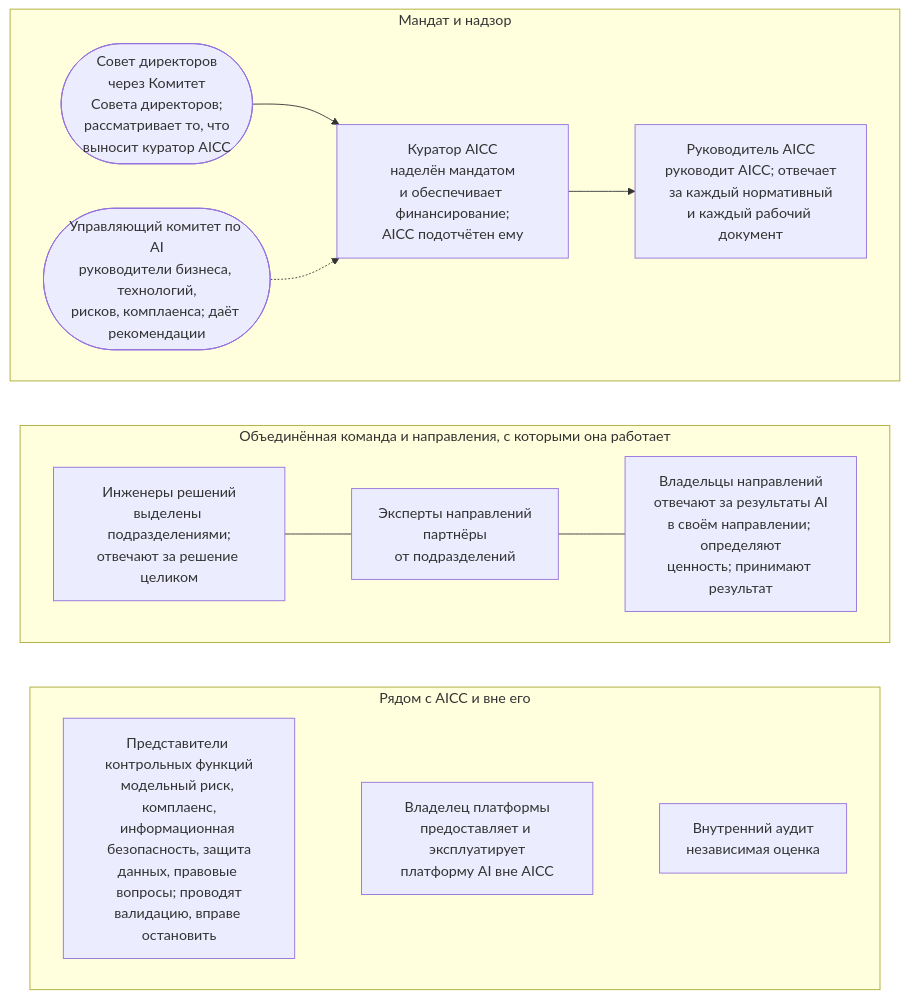
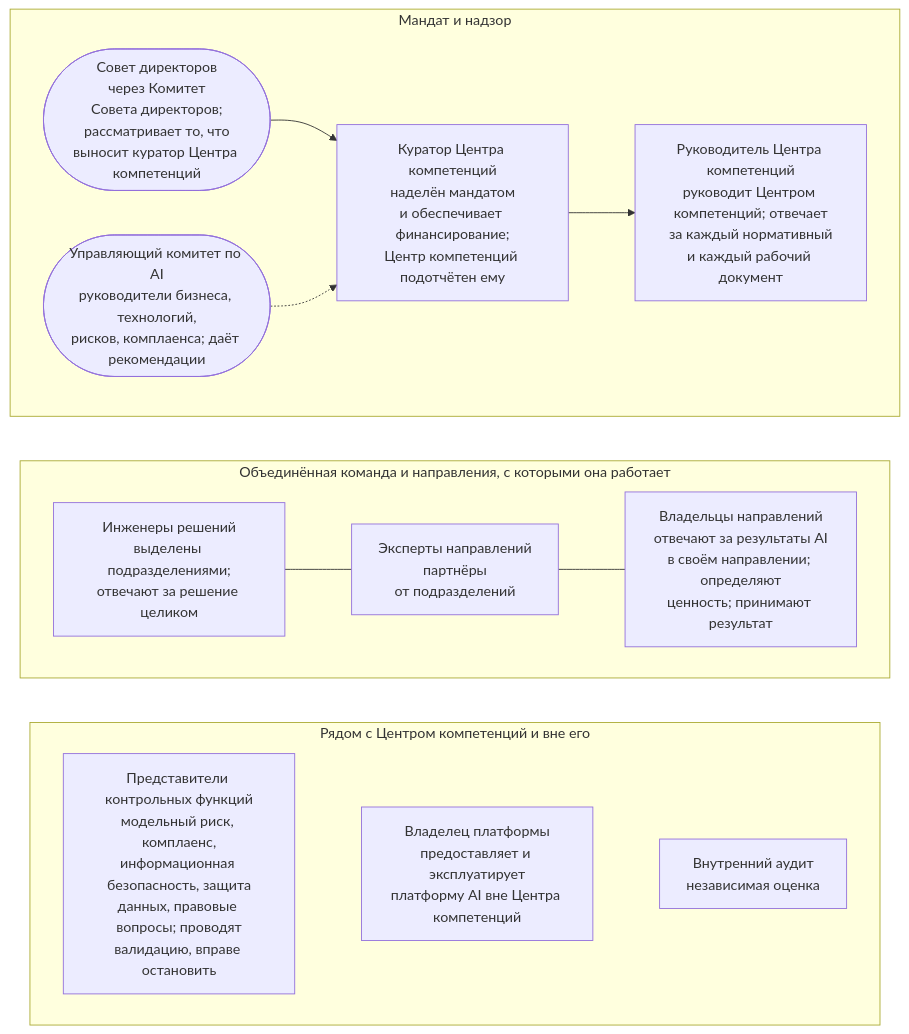
Before and after one commit to devhogu/ob-aicc: the diagram in portal/content/ru/organization/overview.md, drawn with Mermaid. The commit also changed other lines of this file and 1149 other files, not shown here.

````diff
--- a/portal/content/ru/organization/overview.md
+++ b/portal/content/ru/organization/overview.md
@@ -13,20 +13,20 @@
 ```mermaid
 flowchart TB
   subgraph TOP["Мандат и надзор"]
     direction LR
-    B(["Совет директоров<br/>через Комитет<br/>Совета директоров;<br/>рассматривает то, что<br/>выносит куратор AICC"]) --> ES["Куратор AICC<br/>наделён мандатом<br/>и обеспечивает финансирование;<br/>AICC подотчётен ему"]
-    ES --> AL["Руководитель AICC<br/>руководит AICC; отвечает<br/>за каждый нормативный<br/>и каждый рабочий документ"]
+    B(["Совет директоров<br/>через Комитет<br/>Совета директоров;<br/>рассматривает то, что<br/>выносит куратор Центра компетенций"]) --> ES["Куратор Центра компетенций<br/>наделён мандатом<br/>и обеспечивает финансирование;<br/>Центр компетенций подотчётен ему"]
+    ES --> AL["Руководитель Центра компетенций<br/>руководит Центром компетенций; отвечает<br/>за каждый нормативный<br/>и каждый рабочий документ"]
     SC(["Управляющий комитет по AI<br/>руководители бизнеса, технологий,<br/>рисков, комплаенса; даёт рекомендации"]) -.-> ES
   end
   subgraph MID["Объединённая команда и направления, с которыми она работает"]
     direction LR
     SE["Инженеры решений<br/>выделены подразделениями;<br/>отвечают за решение целиком"] --- DE["Эксперты направлений<br/>партнёры<br/>от подразделений"]
     DE --- DO["Владельцы направлений<br/>отвечают за результаты AI<br/>в своём направлении; определяют<br/>ценность; принимают результат"]
   end
-  subgraph SIDE["Рядом с AICC и вне его"]
+  subgraph SIDE["Рядом с Центром компетенций и вне его"]
     direction LR
-    CF["Представители контрольных функций<br/>модельный риск, комплаенс,<br/>информационная безопасность, защита<br/>данных, правовые вопросы; проводят<br/>валидацию, вправе остановить"] ~~~ PO["Владелец платформы<br/>предоставляет и эксплуатирует<br/>платформу AI вне AICC"] ~~~ IA["Внутренний аудит<br/>независимая оценка"]
+    CF["Представители контрольных функций<br/>модельный риск, комплаенс,<br/>информационная безопасность, защита<br/>данных, правовые вопросы; проводят<br/>валидацию, вправе остановить"] ~~~ PO["Владелец платформы<br/>предоставляет и эксплуатирует<br/>платформу AI вне Центра компетенций"] ~~~ IA["Внутренний аудит<br/>независимая оценка"]
   end
   TOP ~~~ MID
   MID ~~~ SIDE
 ```
````
